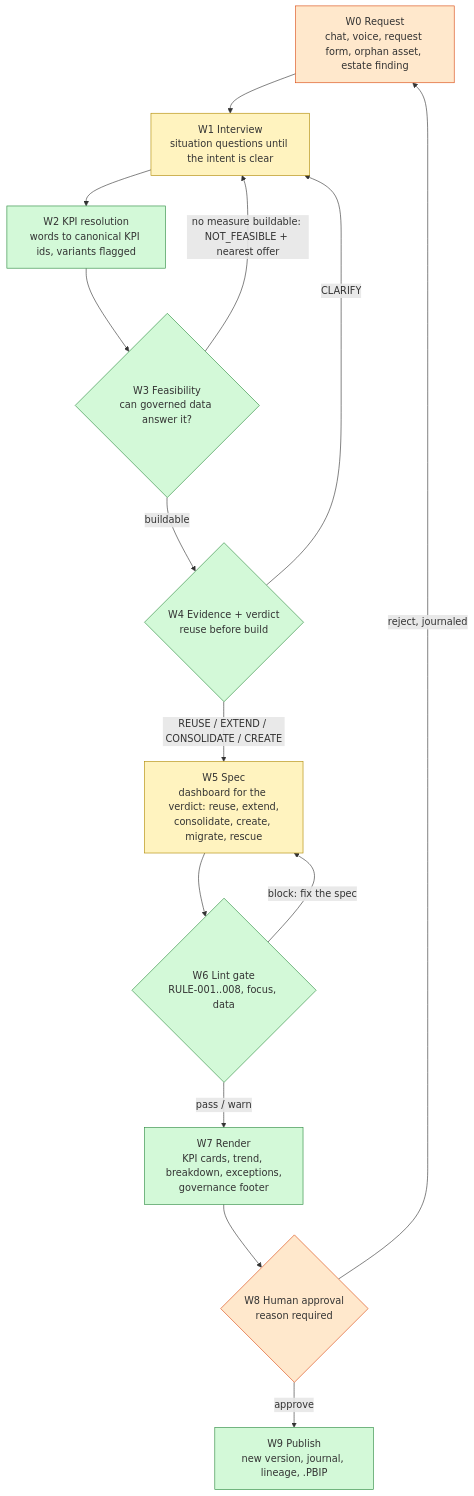
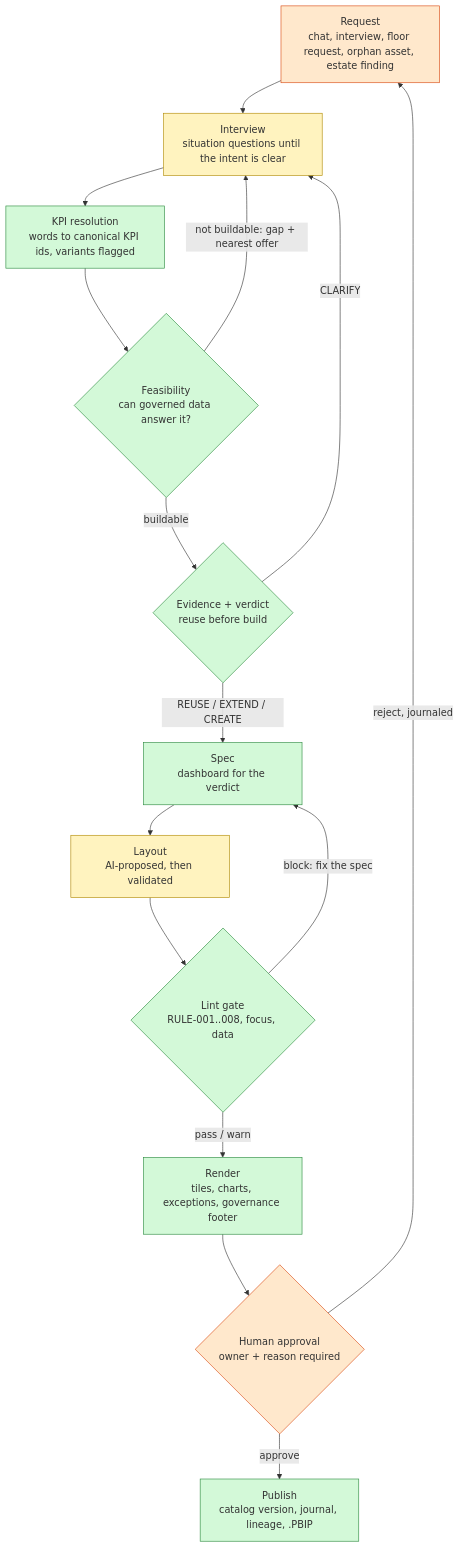
Before and after one commit to GajusVi/sinceai2026: the diagram in README.md, drawn with Mermaid. The commit also changed other lines of this file, not shown here.

First line of the commit message:
README for the submission: problem, workflow, AI approach, governance controls, BI integration, data assumptions, proof, run

````diff
--- a/README.md
+++ b/README.md
@@ -12,27 +55,28 @@
 ```mermaid
 flowchart TD
-    IN["W0 Request<br/>chat, voice, request form, orphan asset, estate finding"]:::user
-    INT["W1 Interview<br/>situation questions until the intent is clear"]:::llm
-    KPI["W2 KPI resolution<br/>words to canonical KPI ids, variants flagged"]:::code
-    FEA{"W3 Feasibility<br/>can governed data answer it?"}:::code
-    EV{"W4 Evidence + verdict<br/>reuse before build"}:::code
-    SPEC["W5 Spec<br/>dashboard for the verdict: reuse, extend,<br/>consolidate, create, migrate, rescue"]:::llm
-    LINT{"W6 Lint gate<br/>RULE-001..008, focus, data"}:::code
-    REN["W7 Render<br/>KPI cards, trend, breakdown, exceptions,<br/>governance footer"]:::code
-    HUM{"W8 Human approval<br/>reason required"}:::user
-    PUB["W9 Publish<br/>new version, journal, lineage, .PBIP"]:::code
+    IN["Request<br/>chat, interview, floor request, orphan asset, estate finding"]:::user
+    INT["Interview<br/>situation questions until the intent is clear"]:::llm
+    KPI["KPI resolution<br/>words to canonical KPI ids, variants flagged"]:::code
+    FEA{"Feasibility<br/>can governed data answer it?"}:::code
+    EV{"Evidence + verdict<br/>reuse before build"}:::code
+    SPEC["Spec<br/>dashboard for the verdict"]:::code
+    LAY["Layout<br/>AI-proposed, then validated"]:::llm
+    LINT{"Lint gate<br/>RULE-001..008, focus, data"}:::code
+    REN["Render<br/>tiles, charts, exceptions, governance footer"]:::code
+    HUM{"Human approval<br/>owner + reason required"}:::user
+    PUB["Publish<br/>catalog version, journal, lineage, .PBIP"]:::code
 
     IN --> INT --> KPI --> FEA
-    FEA -->|"no measure buildable: NOT_FEASIBLE + nearest offer"| INT
+    FEA -->|"not buildable: gap + nearest offer"| INT
     FEA -->|buildable| EV
     EV -->|"CLARIFY"| INT
-    EV -->|"REUSE / EXTEND / CONSOLIDATE / CREATE"| SPEC --> LINT
+    EV -->|"REUSE / EXTEND / CREATE"| SPEC --> LAY --> LINT
     LINT -->|"block: fix the spec"| SPEC
     LINT -->|"pass / warn"| REN --> HUM
     HUM -->|approve| PUB
     HUM -->|"reject, journaled"| IN
 
     classDef llm fill:#fff3bf,stroke:#b08900
     classDef code fill:#d3f9d8,stroke:#2b8a3e
     classDef user fill:#ffe8cc,stroke:#d9480f
 ```
````
